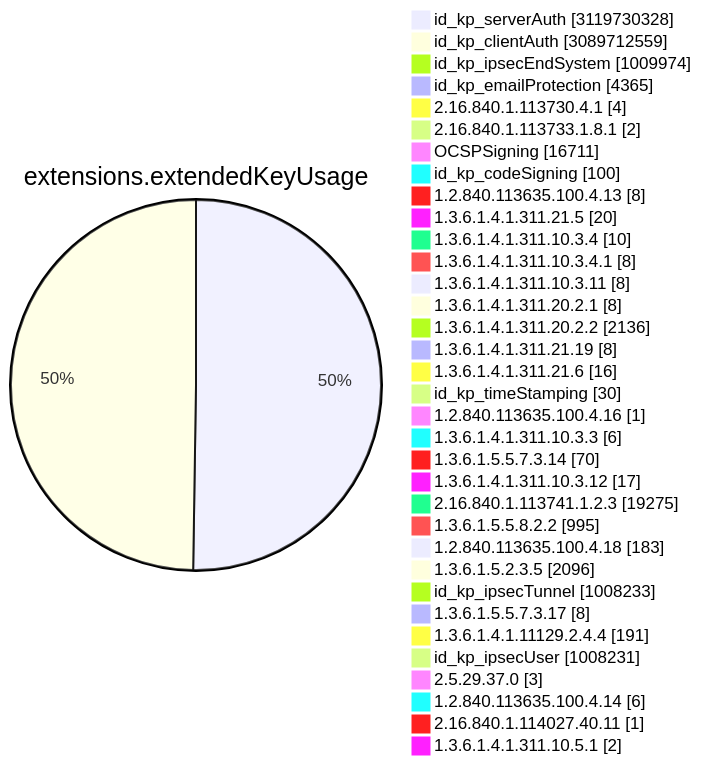
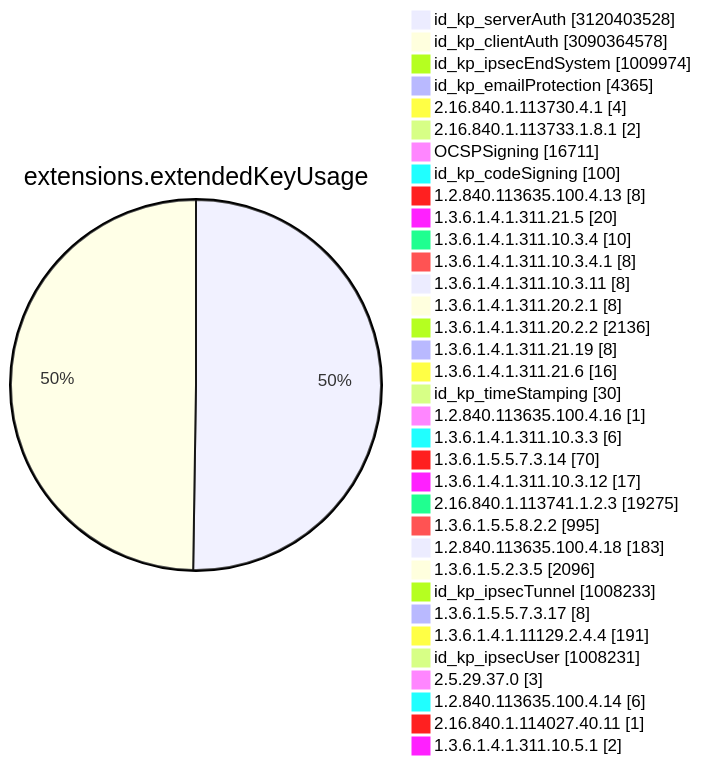
Diagram 11 of 15 in TOTAL/README.md (christiankrug/ctmonitor_visualization), drawn with Mermaid before and after one commit. The commit also changed other lines of this file, not shown here.

````diff
--- a/TOTAL/README.md
+++ b/TOTAL/README.md
@@ -4117,38 +4117,38 @@
 ```mermaid
 pie showData
 title extensions.extendedKeyUsage
-"id_kp_serverAuth" :3119730328
-"id_kp_clientAuth" :3089712559
+"id_kp_serverAuth" :3120403528
+"id_kp_clientAuth" :3090364578
 "id_kp_ipsecEndSystem" :1009974
 "id_kp_emailProtection" :4365
 "2.16.840.1.113730.4.1" :4
 "2.16.840.1.113733.1.8.1" :2
 "OCSPSigning" :16711
 "id_kp_codeSigning" :100
 "1.2.840.113635.100.4.13" :8
 "1.3.6.1.4.1.311.21.5" :20
 "1.3.6.1.4.1.311.10.3.4" :10
 "1.3.6.1.4.1.311.10.3.4.1" :8
 "1.3.6.1.4.1.311.10.3.11" :8
 "1.3.6.1.4.1.311.20.2.1" :8
 "1.3.6.1.4.1.311.20.2.2" :2136
 "1.3.6.1.4.1.311.21.19" :8
 "1.3.6.1.4.1.311.21.6" :16
 "id_kp_timeStamping" :30
 "1.2.840.113635.100.4.16" :1
 "1.3.6.1.4.1.311.10.3.3" :6
 "1.3.6.1.5.5.7.3.14" :70
 "1.3.6.1.4.1.311.10.3.12" :17
 "2.16.840.1.113741.1.2.3" :19275
 "1.3.6.1.5.5.8.2.2" :995
 "1.2.840.113635.100.4.18" :183
 "1.3.6.1.5.2.3.5" :2096
 "id_kp_ipsecTunnel" :1008233
 "1.3.6.1.5.5.7.3.17" :8
 "1.3.6.1.4.1.11129.2.4.4" :191
 "id_kp_ipsecUser" :1008231
 "2.5.29.37.0" :3
 "1.2.840.113635.100.4.14" :6
 "2.16.840.1.114027.40.11" :1
 "1.3.6.1.4.1.311.10.5.1" :2
 ```
````
